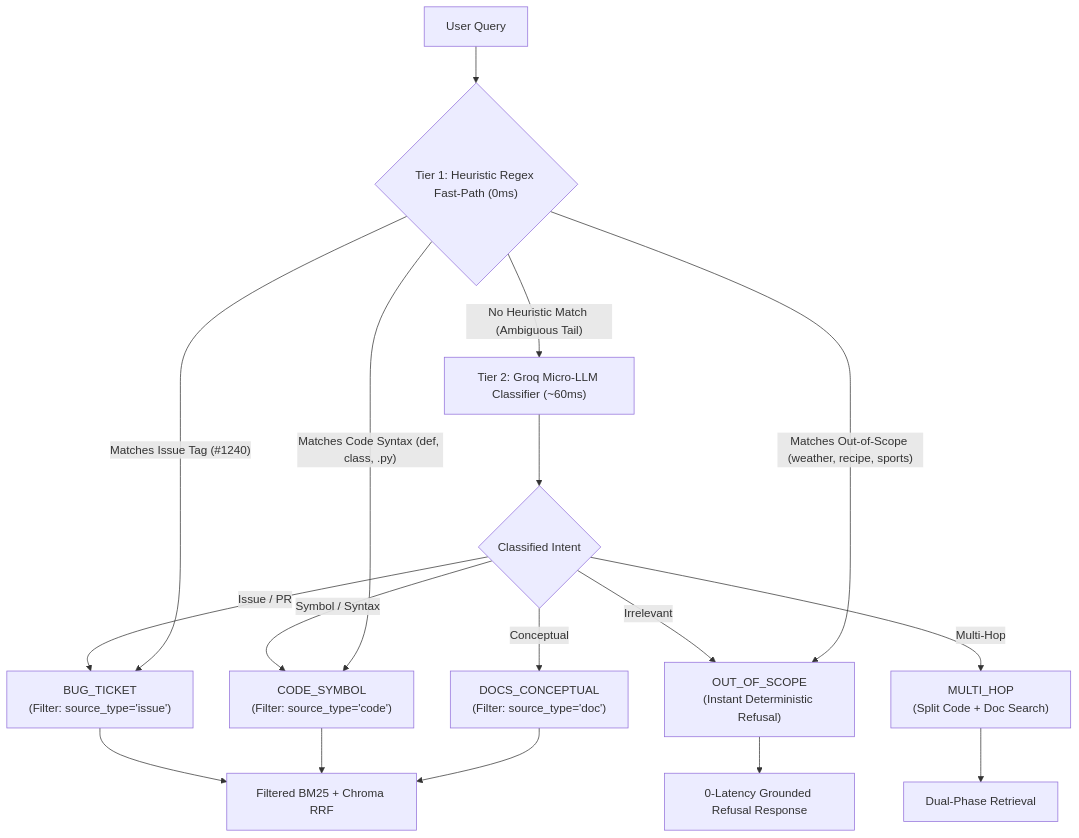
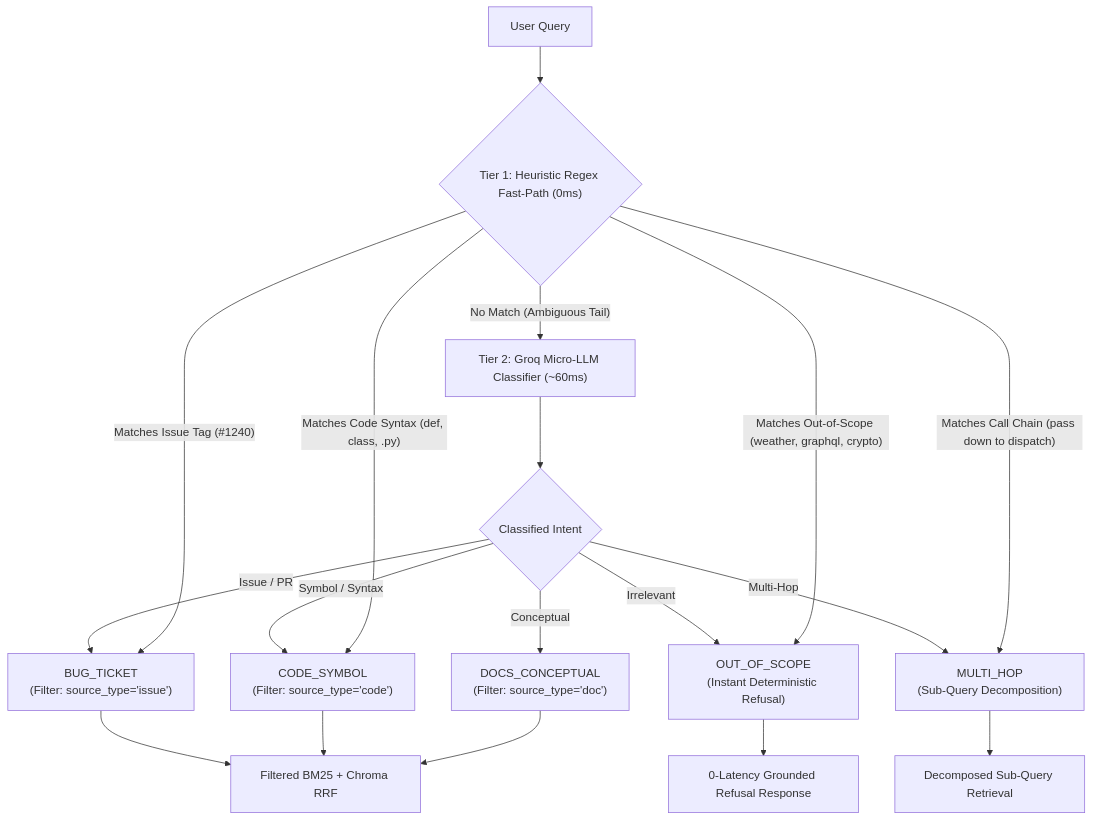
One commit to IT24102884/RepoLens changed the third of 3 diagrams in JOURNEY.md. Above: the diagram before and after it, drawn with Mermaid. The commit also changed other lines of this file and 14 other files, not shown here.

First line of the commit message:
feat(routing): introduce cascading query router and modality-filtered retrieval

````diff
--- a/JOURNEY.md
+++ b/JOURNEY.md
@@ -278,22 +278,23 @@
 ```mermaid
 flowchart TD
     UserQuery["User Query"] --> Tier1{"Tier 1: Heuristic Regex Fast-Path (0ms)"}
     
     Tier1 -- "Matches Issue Tag (#1240)" --> BugIntent["BUG_TICKET\n(Filter: source_type='issue')"]
     Tier1 -- "Matches Code Syntax (def, class, .py)" --> CodeIntent["CODE_SYMBOL\n(Filter: source_type='code')"]
-    Tier1 -- "Matches Out-of-Scope (weather, recipe, sports)" --> Reject["OUT_OF_SCOPE\n(Instant Deterministic Refusal)"]
-    Tier1 -- "No Heuristic Match (Ambiguous Tail)" --> Tier2["Tier 2: Groq Micro-LLM Classifier (~60ms)"]
+    Tier1 -- "Matches Out-of-Scope (weather, graphql, crypto)" --> Reject["OUT_OF_SCOPE\n(Instant Deterministic Refusal)"]
+    Tier1 -- "Matches Call Chain (pass down to dispatch)" --> MultiHop["MULTI_HOP\n(Sub-Query Decomposition)"]
+    Tier1 -- "No Match (Ambiguous Tail)" --> Tier2["Tier 2: Groq Micro-LLM Classifier (~60ms)"]
     
     Tier2 --> IntentDecision{"Classified Intent"}
     IntentDecision -- "Conceptual" --> DocsIntent["DOCS_CONCEPTUAL\n(Filter: source_type='doc')"]
     IntentDecision -- "Symbol / Syntax" --> CodeIntent
     IntentDecision -- "Issue / PR" --> BugIntent
-    IntentDecision -- "Multi-Hop" --> MultiHop["MULTI_HOP\n(Split Code + Doc Search)"]
+    IntentDecision -- "Multi-Hop" --> MultiHop
     IntentDecision -- "Irrelevant" --> Reject
 
     DocsIntent --> FilteredRAG["Filtered BM25 + Chroma RRF"]
     CodeIntent --> FilteredRAG
     BugIntent --> FilteredRAG
-    MultiHop --> DualRAG["Dual-Phase Retrieval"]
+    MultiHop --> DecomposedRAG["Decomposed Sub-Query Retrieval"]
     Reject --> InstantRefusal["0-Latency Grounded Refusal Response"]
 ```
````
